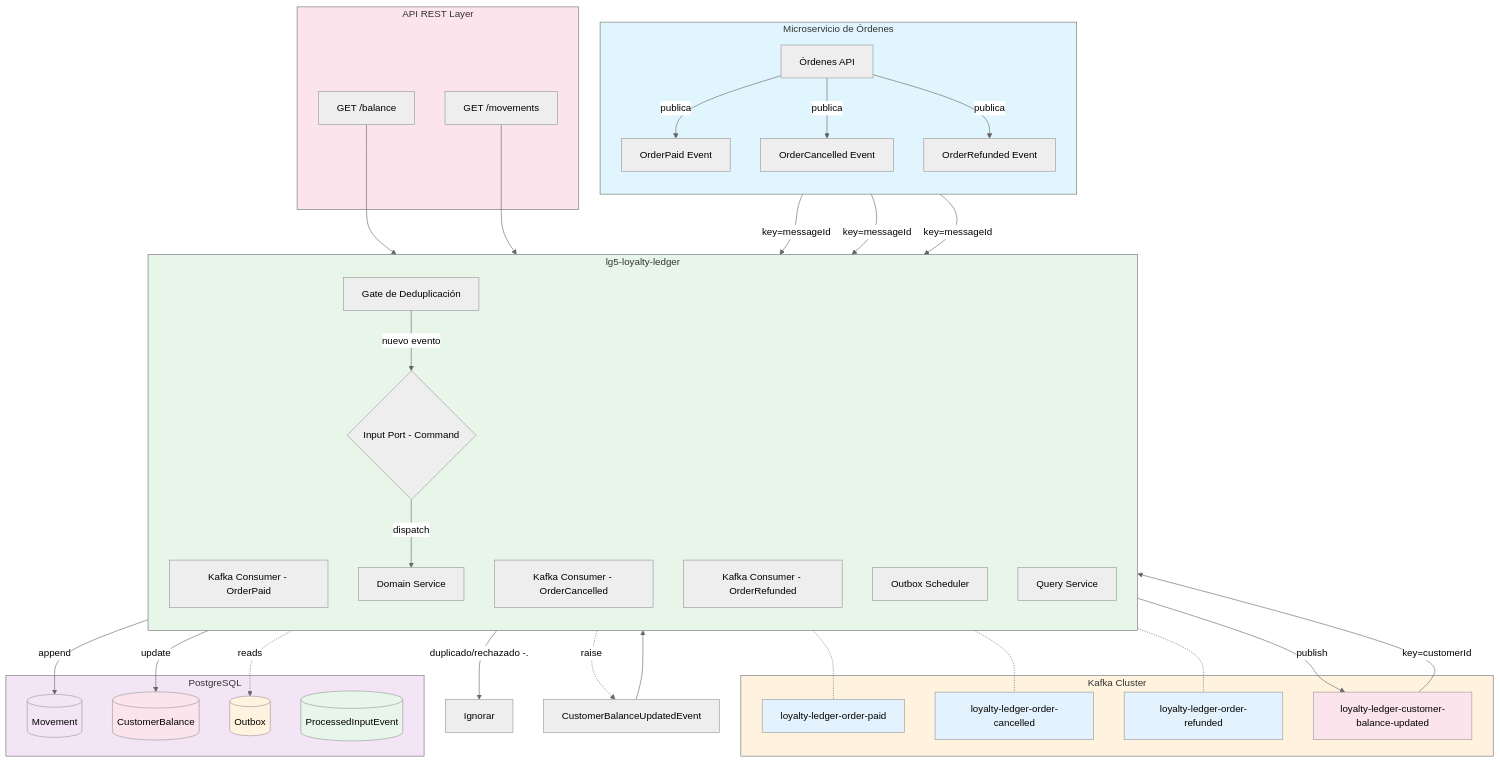
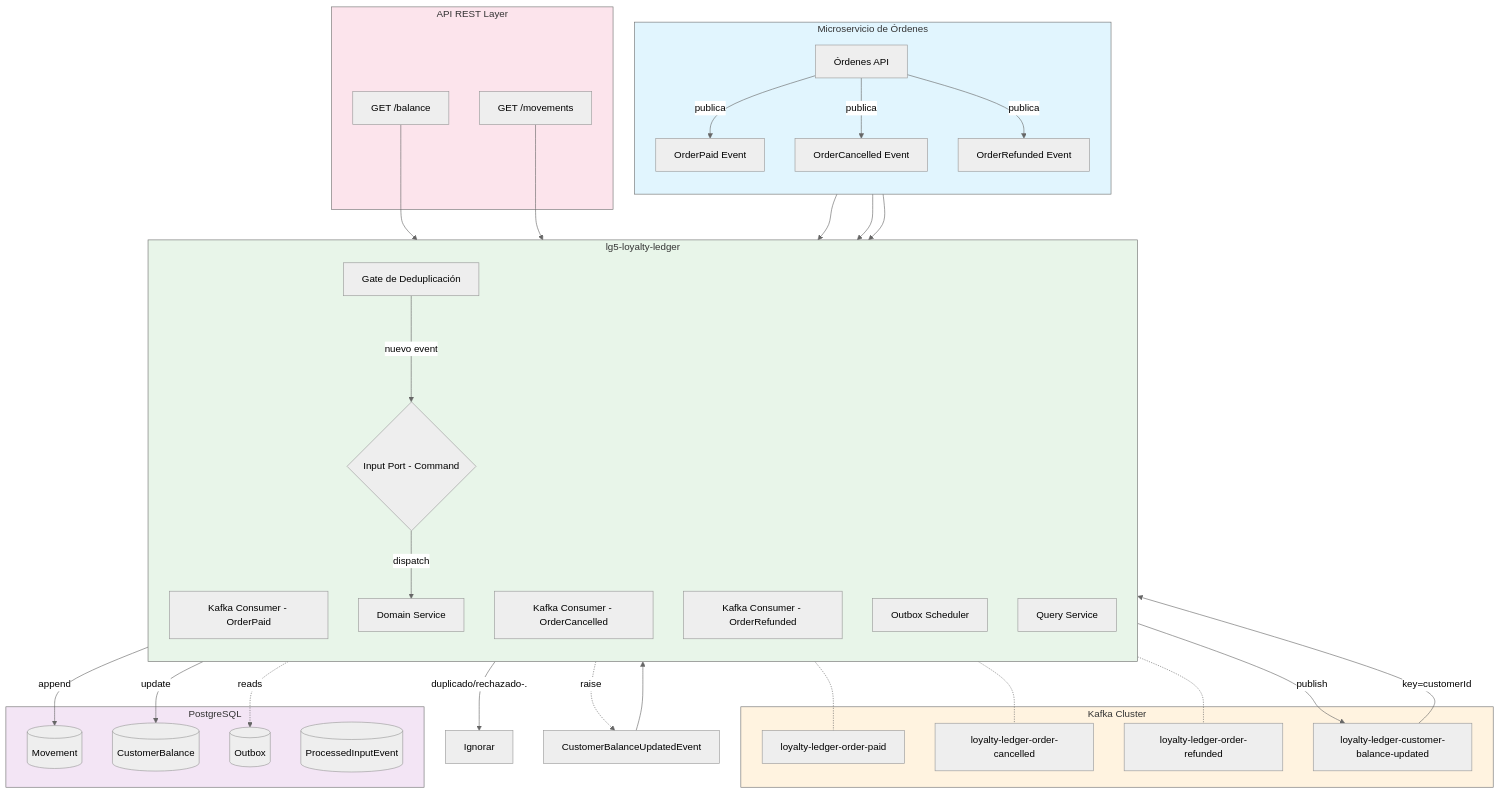
Before and after one commit to lg-labs/lg5-loyalty-ledger: the first of 5 diagrams in docs/architecture/architecture.md, drawn with Mermaid (neutral theme). The commit also changed other lines of this file and 34 other files, not shown here.

````diff
--- a/docs/architecture/architecture.md
+++ b/docs/architecture/architecture.md
@@ -50,27 +50,23 @@
         MovementsController[GET /movements]
     end
 
-    %% Order events flow
     OrderController -->|publica| OrderPaidEvent
     OrderController -->|publica| OrderCancelledEvent
     OrderController -->|publica| OrderRefundedEvent
 
-    %% Kafka subscription
     ListenerPaid -.- TopicPaid
     ListenerCancelled -.- TopicCancelled
     ListenerRefunded -.- TopicRefunded
 
-    %% Deduplication
-    OrderPaidEvent -->|key=messageId| DedupGate
-    OrderCancelledEvent -->|key=messageId| DedupGate
-    OrderRefundedEvent -->|key=messageId| DedupGate
+    OrderPaidEvent --> DedupGate
+    OrderCancelledEvent --> DedupGate
+    OrderRefundedEvent --> DedupGate
 
-    DedupGate -- "nuevo evento" --> CommandPort
-    DedupGate -- "duplicado/rechazado" -.--> return[Ignorar]
+    DedupGate --nuevo evento--> CommandPort
+    DedupGate --duplicado/rechazado-.--> Ignorar
 
-    CommandPort -- dispatch --> LedgerService
+    CommandPort -->|dispatch| LedgerService
 
-    %% Domain processing
     LedgerService -->|append| TableMovement
     LedgerService -->|update| TableBalance
     LedgerService -.->|raise| CustomerBalanceUpdatedEvent
@@ -80,25 +76,14 @@
     OutboxScheduler -.reads.-> TableOutbox
     OutboxScheduler -->|publish| TopicBalanceUpdated
 
-    %% Kafka publication
     TopicBalanceUpdated -->|key=customerId| QueryService
 
-    %% API layer
     BalanceController --> QueryService
     MovementsController --> QueryService
 
-    %% Styling
     style OrderService fill:#e1f5fe
     style Kafka fill:#fff3e0
     style LoyaltyLedger fill:#e8f5e9
     style Database fill:#f3e5f5
     style Api fill:#fce4ec
-    style TopicPaid fill:#e3f2fd
-    style TopicCancelled fill:#e3f2fd
-    style TopicRefunded fill:#e3f2fd
-    style TopicBalanceUpdated fill:#fce4ec
-    style TableMovement fill:#f3e5f5
-    style TableBalance fill:#fce4ec
-    style TableOutbox fill:#fff3e0
-    style TableProcessed fill:#e8f5e9
 ```
````
